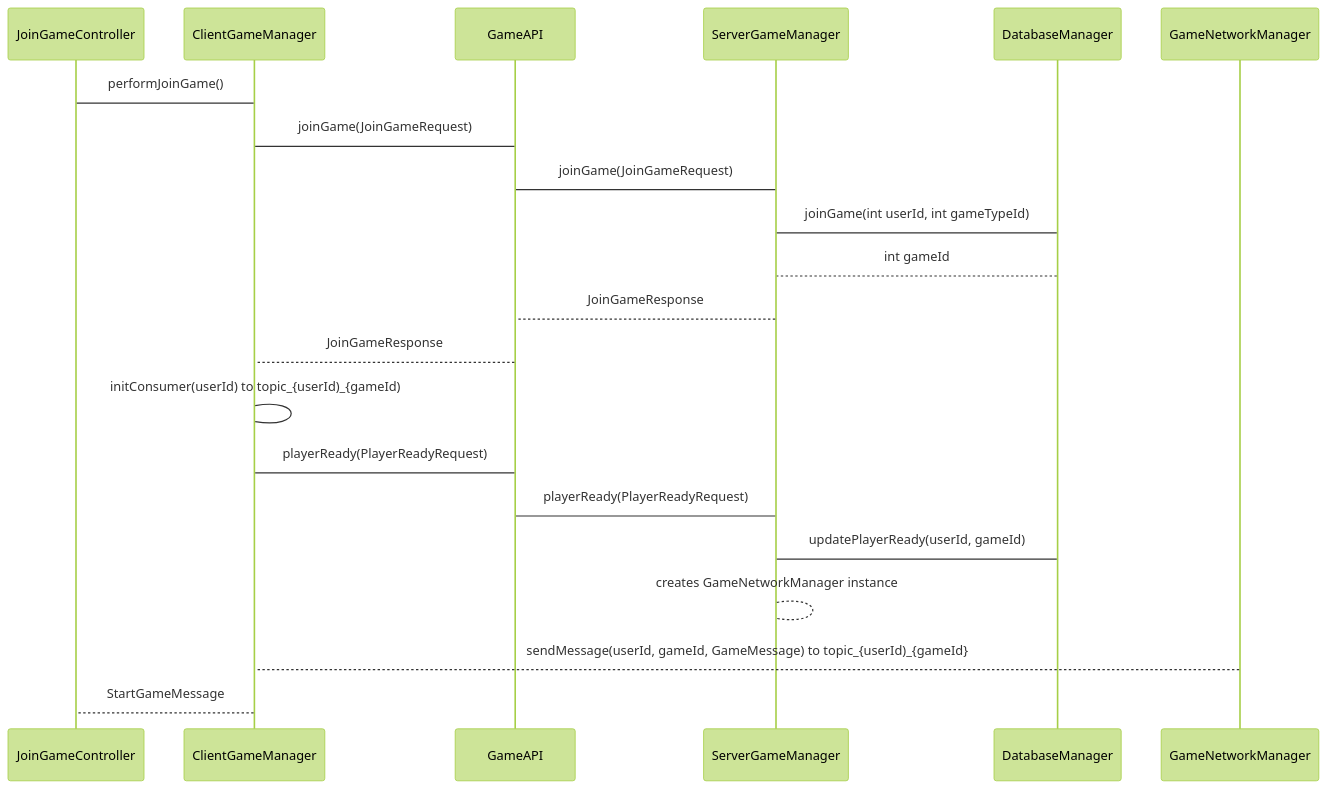
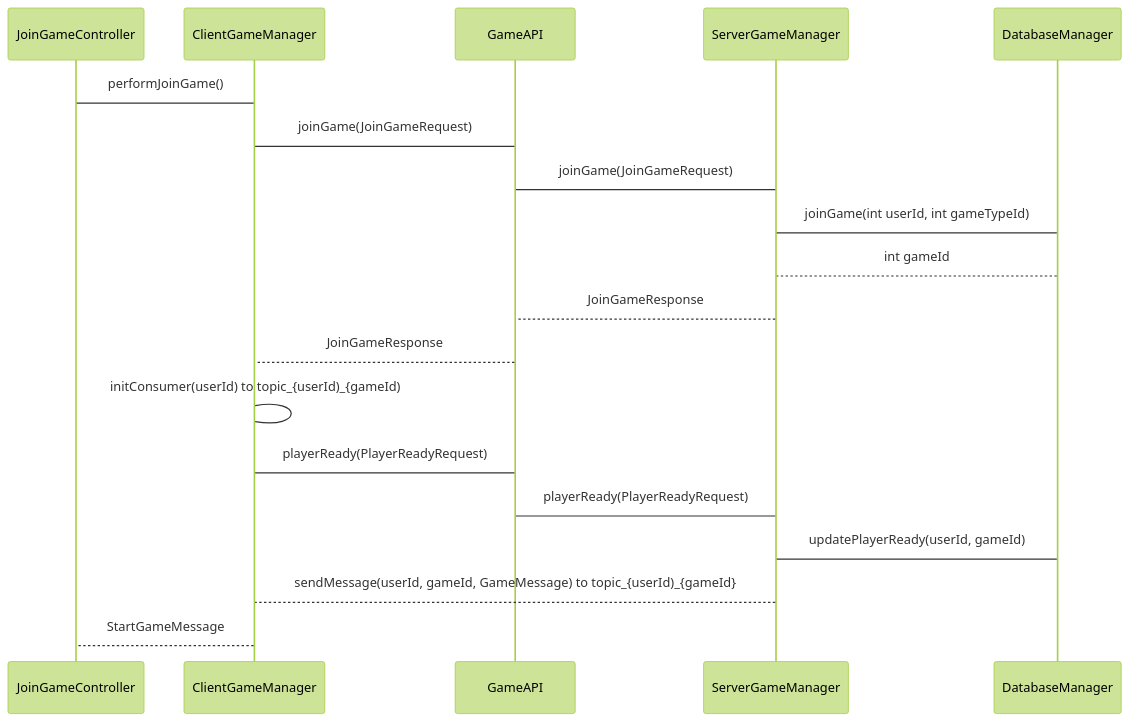
The diagram in README.md (alice-ruv/board-games), drawn with Mermaid (forest theme) before and after one commit.

````diff
--- a/README.md
+++ b/README.md
@@ -120,17 +120,16 @@
 ```mermaid 
 sequenceDiagram
 JoinGameController -> ClientGameManager: performJoinGame()
 ClientGameManager -> GameAPI: joinGame(JoinGameRequest)
 GameAPI -> ServerGameManager: joinGame(JoinGameRequest)
 ServerGameManager -> DatabaseManager: joinGame(int userId, int gameTypeId)
 DatabaseManager --> ServerGameManager: int gameId
 ServerGameManager --> GameAPI: JoinGameResponse
 GameAPI --> ClientGameManager: JoinGameResponse
 ClientGameManager -> ClientGameManager: initConsumer(userId) to topic_{userId)_{gameId)
 ClientGameManager -> GameAPI: playerReady(PlayerReadyRequest)
 GameAPI -> ServerGameManager: playerReady(PlayerReadyRequest)
 ServerGameManager -> DatabaseManager: updatePlayerReady(userId, gameId)
-ServerGameManager --> ServerGameManager: creates GameNetworkManager instance   
-GameNetworkManager --> ClientGameManager: sendMessage(userId, gameId, GameMessage) to topic_{userId)_{gameId}
+ServerGameManager --> ClientGameManager: sendMessage(userId, gameId, GameMessage) to topic_{userId)_{gameId}
 ClientGameManager --> JoinGameController: StartGameMessage
 ```
````
